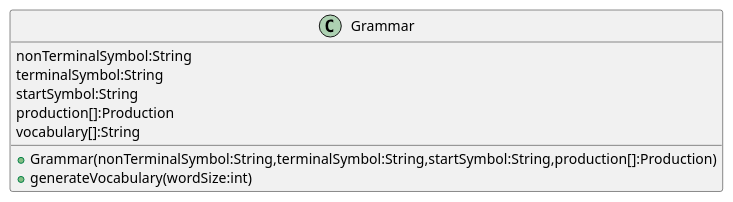
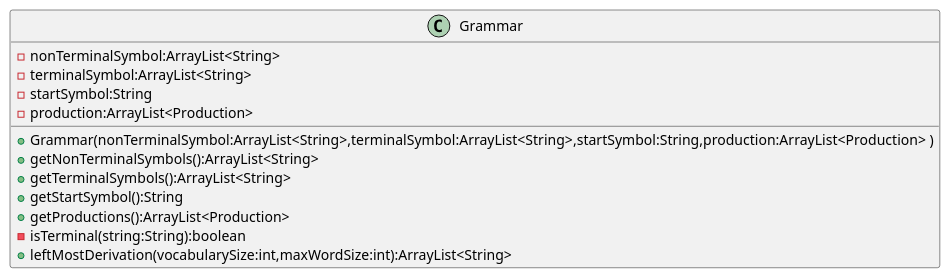
The diagram in FormalLanguagesAutomata/grammar/design/grammar.puml (MN3141/programming_2024-2025), drawn with PlantUML before and after one commit. The commit also changed 2 other files, not shown here.

Commit message:
Updated design diagrams

```diff
--- a/FormalLanguagesAutomata/grammar/design/grammar.puml
+++ b/FormalLanguagesAutomata/grammar/design/grammar.puml
@@ -1,13 +1,18 @@
 @startuml Grammar class
 
     class Grammar{
-        nonTerminalSymbol:String
-        terminalSymbol:String
-        startSymbol:String 
-        production[]:Production
-        vocabulary[]:String  
 
-        +Grammar(nonTerminalSymbol:String,terminalSymbol:String,startSymbol:String,production[]:Production)
-        +generateVocabulary(wordSize:int)
+        -nonTerminalSymbol:ArrayList<String>
+        -terminalSymbol:ArrayList<String>
+        -startSymbol:String 
+        -production:ArrayList<Production>  
+
+        +Grammar(nonTerminalSymbol:ArrayList<String>,terminalSymbol:ArrayList<String>,startSymbol:String,production:ArrayList<Production> )
+        +getNonTerminalSymbols():ArrayList<String>
+        +getTerminalSymbols():ArrayList<String>
+        +getStartSymbol():String
+        +getProductions():ArrayList<Production>
+        -isTerminal(string:String):boolean
+        +leftMostDerivation(vocabularySize:int,maxWordSize:int):ArrayList<String>
     }
 @enduml
```
